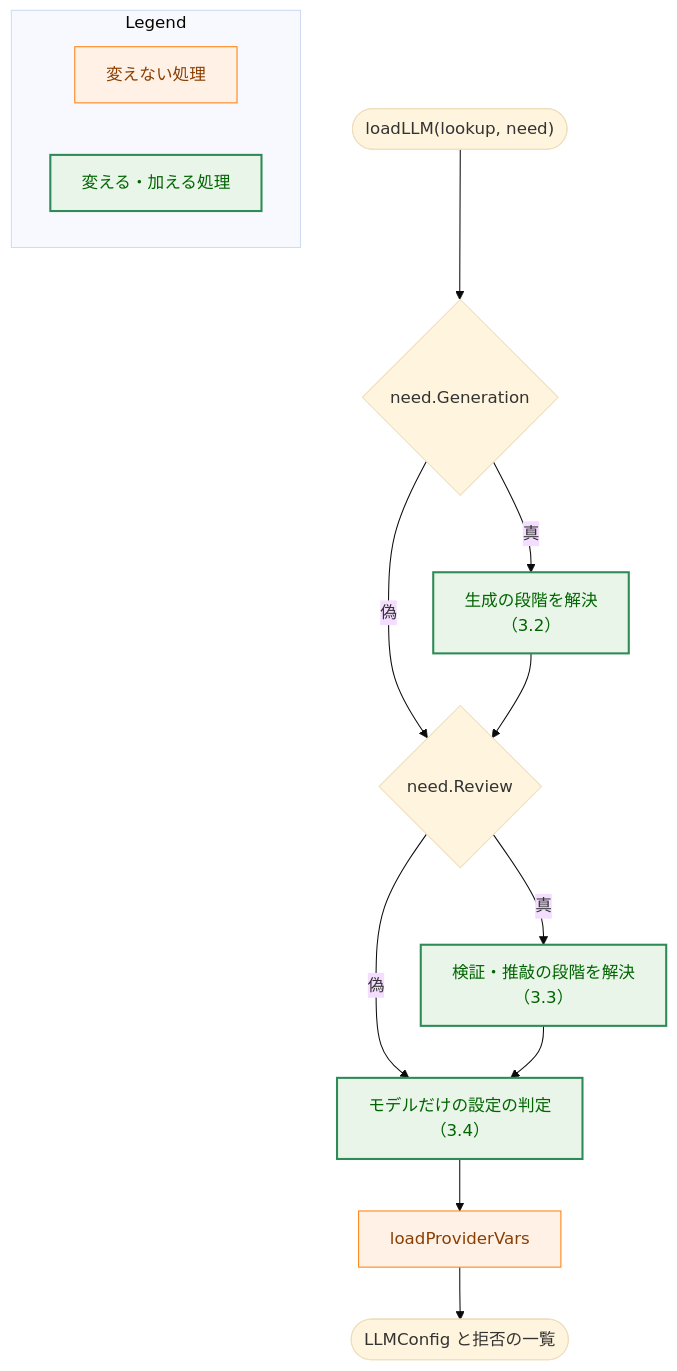
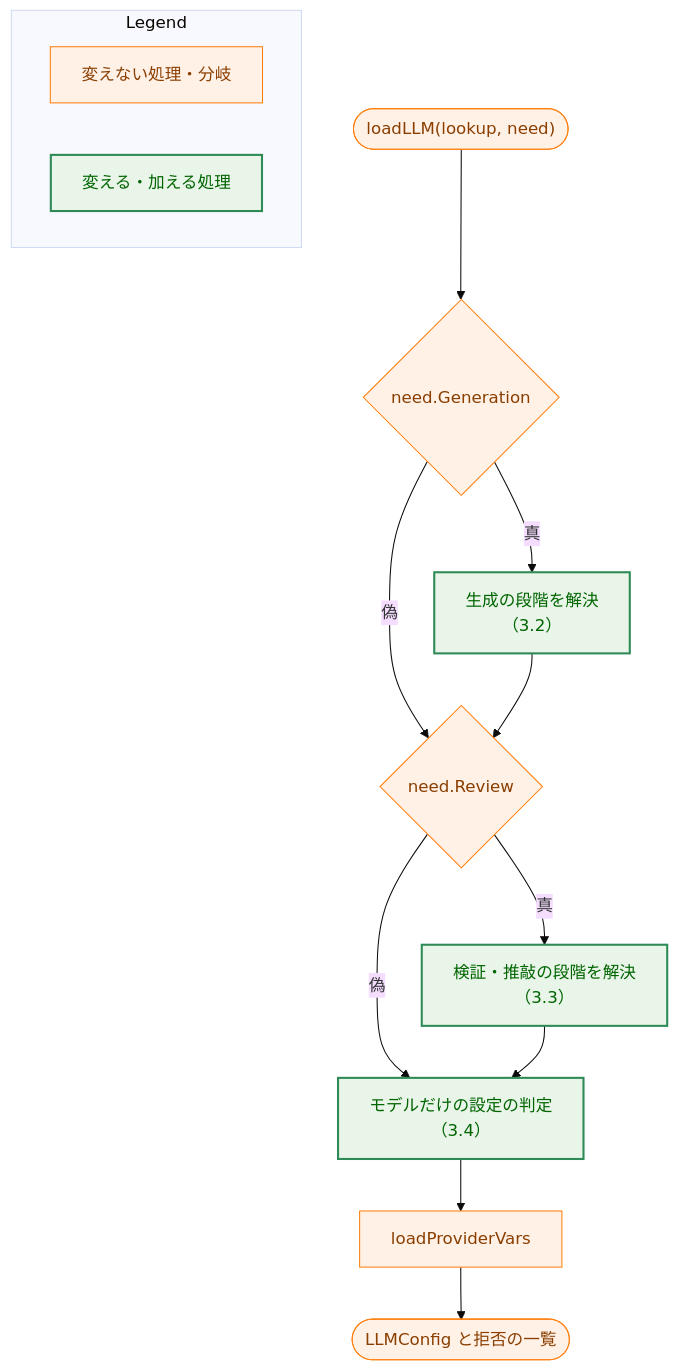
The fifth of 5 diagrams in docs/tasks/0042_default_llm_opus/02_architecture.md (isseis/yt2column), drawn with Mermaid (base theme) before and after one commit. The commit also changed other lines of this file, not shown here.

First line of the commit message:
docs(0042): address architecture review and improve Japanese prose

````diff
--- a/docs/tasks/0042_default_llm_opus/02_architecture.md
+++ b/docs/tasks/0042_default_llm_opus/02_architecture.md
@@ -431,34 +474,34 @@
 ```mermaid
 flowchart TD
     classDef process fill:#fff1e6,stroke:#ff7f0e,stroke-width:1px,color:#8a3e00;
     classDef enhanced fill:#e8f5e8,stroke:#2e8b57,stroke-width:2px,color:#006400;
 
     S(["loadLLM(lookup, need)"])
     G{"need.Generation"}
     GR["生成の段階を解決<br>（3.2）"]
     R{"need.Review"}
     RR["検証・推敲の段階を解決<br>（3.3）"]
     F["モデルだけの設定の判定<br>（3.4）"]
     V["loadProviderVars"]
     E(["LLMConfig と拒否の一覧"])
 
     S --> G
     G -->|"真"| GR
     G -->|"偽"| R
     GR --> R
     R -->|"真"| RR
     R -->|"偽"| F
     RR --> F
     F --> V
     V --> E
 
     class GR,RR,F enhanced
-    class V process
+    class S,E,G,R,V process
 
     subgraph Legend["Legend"]
-        L2["変えない処理"]
+        L2["変えない処理・分岐"]
         L3["変える・加える処理"]
     end
     class L2 process
     class L3 enhanced
 ```
````
